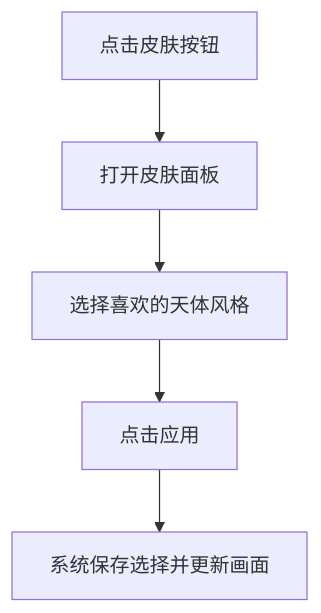
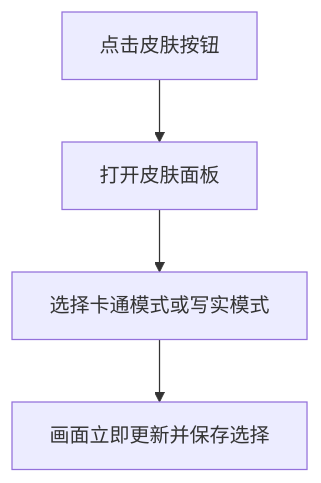
Before and after one commit to shf241/solarkids: the fourth of 8 diagrams in docs/用户操作流程图.md, drawn with Mermaid. The commit also changed other lines of this file and 7 other files, not shown here.

````diff
--- a/docs/用户操作流程图.md
+++ b/docs/用户操作流程图.md
@@ -67,7 +66,6 @@
 ```mermaid
 flowchart TD
     A["点击皮肤按钮"] --> B["打开皮肤面板"]
-    B --> C["选择喜欢的天体风格"]
-    C --> D["点击应用"]
-    D --> E["系统保存选择并更新画面"]
+    B --> C["选择卡通模式或写实模式"]
+    C --> D["画面立即更新并保存选择"]
 ```
````
